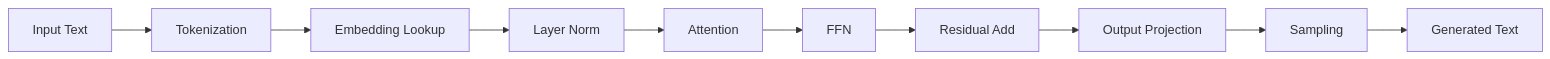
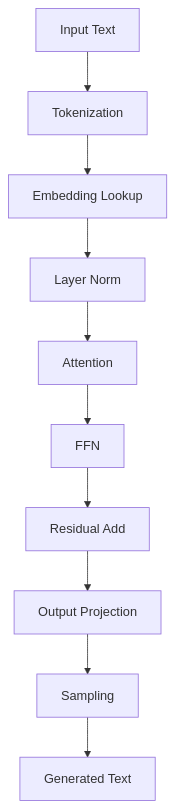
One commit to oderoi/lm.c changed the fourth of 4 diagrams in README.md. Above: the diagram before and after it, drawn with Mermaid. The commit also changed other lines of this file and 3 other files, not shown here.

````diff
--- a/README.md
+++ b/README.md
@@ -126,12 +126,12 @@
 ```mermaid
-flowchart LR
+flowchart TD
     A[Input Text] --> B[Tokenization]
     B --> C[Embedding Lookup]
     C --> D[Layer Norm]
     D --> E[Attention]
     E --> F[FFN]
     F --> G[Residual Add]
     G --> H[Output Projection]
     H --> I[Sampling]
     I --> J[Generated Text]
 ```
````
